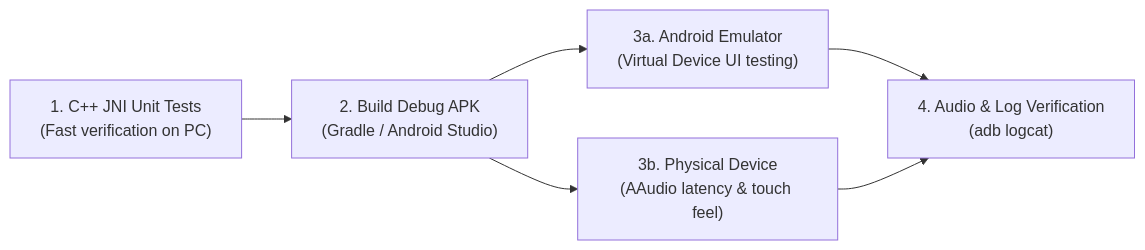
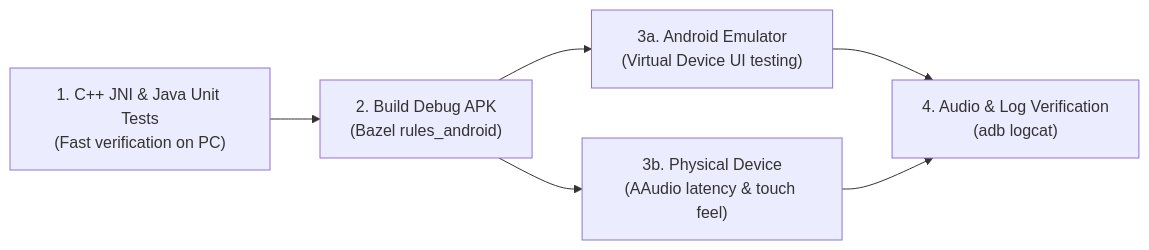
One commit to klknn/hibiki changed the second of 2 diagrams in docs/android.md. Above: the diagram before and after it, drawn with Mermaid. The commit also changed other lines of this file and 13 other files, not shown here.

First line of the commit message:
chore(android): remove Gradle build files and transition completely to pure Bazel

````diff
--- a/docs/android.md
+++ b/docs/android.md
@@ -102,7 +102,7 @@
 ```mermaid
 flowchart LR
-    A["1. C++ JNI Unit Tests<br/>(Fast verification on PC)"] --> B["2. Build Debug APK<br/>(Gradle / Android Studio)"]
+    A["1. C++ JNI & Java Unit Tests<br/>(Fast verification on PC)"] --> B["2. Build Debug APK<br/>(Bazel rules_android)"]
     B --> C1["3a. Android Emulator<br/>(Virtual Device UI testing)"]
     B --> C2["3b. Physical Device<br/>(AAudio latency & touch feel)"]
     C1 & C2 --> D["4. Audio & Log Verification<br/>(adb logcat)"]
 ```
````
